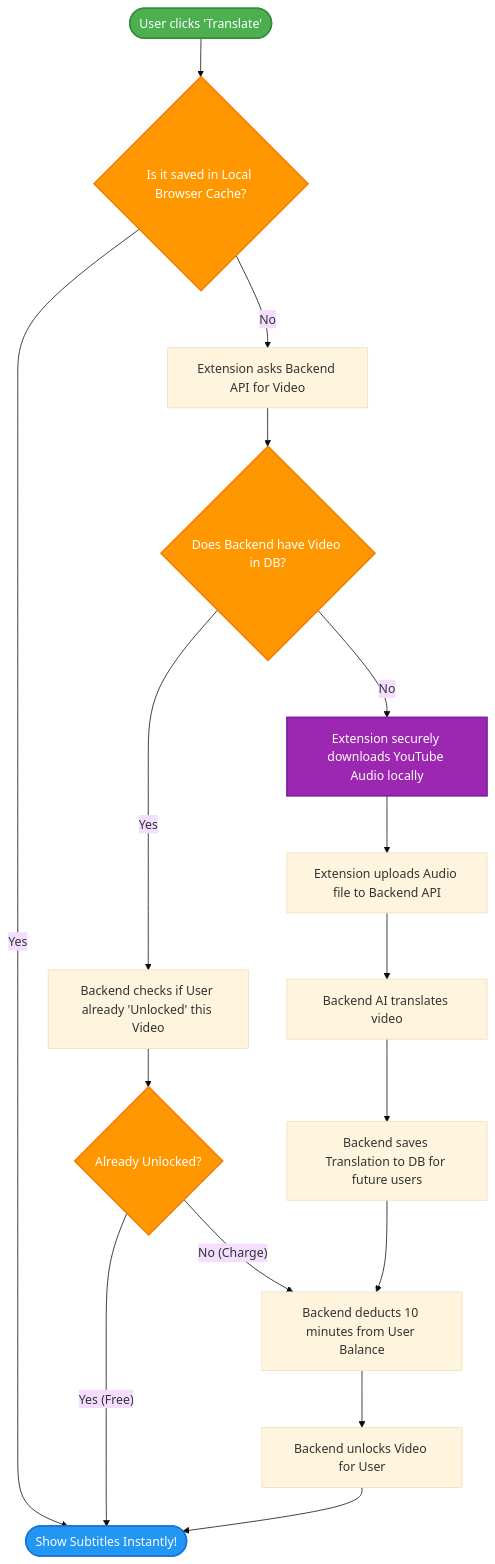
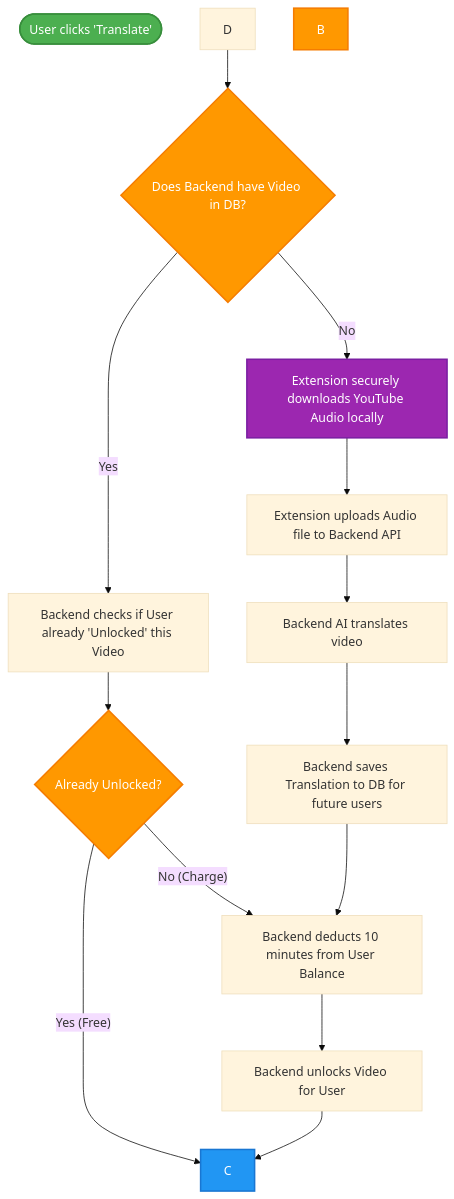
The diagram in lingo-subtitle-extension-main/architecture_design_doc.md (khubaibkdev/lingo-youtube-extension), drawn with Mermaid (base theme) before and after one commit. The commit also changed other lines of this file and 34 other files, not shown here.

Commit message:
Initial push of full project: Backend and Extension

````diff
--- a/lingo-subtitle-extension-main/architecture_design_doc.md
+++ b/lingo-subtitle-extension-main/architecture_design_doc.md
@@ -20,30 +19,26 @@
 ```mermaid
 flowchart TD
-    A([User clicks 'Translate']) --> B{Is it saved in Local Browser Cache?}
-    
-    B -- Yes --> C([Show Subtitles Instantly!])
-    
-    B -- No --> D[Extension asks Backend API for Video]
+    A([User clicks 'Translate']) 
     D --> E{Does Backend have Video in DB?}
     
     E -- Yes --> F[Backend checks if User already 'Unlocked' this Video]
     F --> G{Already Unlocked?}
     
     G -- Yes (Free) --> C
     G -- No (Charge) --> H[Backend deducts 10 minutes from User Balance]
     H --> I[Backend unlocks Video for User]
     I --> C
     
     E -- No --> J[Extension securely downloads YouTube Audio locally]
     J --> K[Extension uploads Audio file to Backend API]
     K --> L[Backend AI translates video]
     L --> M[Backend saves Translation to DB for future users]
     M --> H
     
     style A fill:#4CAF50,stroke:#388E3C,stroke-width:2px,color:#fff
     style C fill:#2196F3,stroke:#1976D2,stroke-width:2px,color:#fff
     style B fill:#FF9800,stroke:#F57C00,stroke-width:2px,color:#fff
     style E fill:#FF9800,stroke:#F57C00,stroke-width:2px,color:#fff
     style G fill:#FF9800,stroke:#F57C00,stroke-width:2px,color:#fff
     style J fill:#9C27B0,stroke:#7B1FA2,stroke-width:2px,color:#fff
 ```
````
